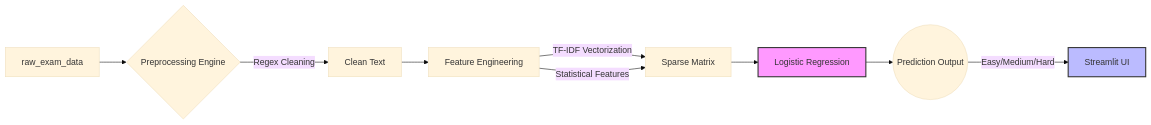
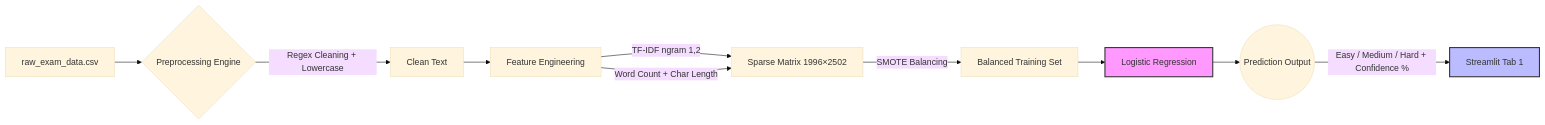
One commit to IAmNishantSingh/Intelligent-Exam-Question-Level-Analysis changed the first of 2 diagrams in README.md. Above: the diagram before and after it, drawn with Mermaid (base theme). The commit also changed other lines of this file, not shown here.

````diff
--- a/README.md
+++ b/README.md
@@ -14,13 +87,14 @@
 ```mermaid
 graph LR
-    A[raw_exam_data] --> B{Preprocessing Engine}
-    B -->|Regex Cleaning| C[Clean Text]
+    A[raw_exam_data.csv] --> B{Preprocessing Engine}
+    B -->|Regex Cleaning + Lowercase| C[Clean Text]
     C --> D[Feature Engineering]
-    D -->|TF-IDF Vectorization| E[Sparse Matrix]
-    D -->|Statistical Features| E
-    E --> F[Logistic Regression]
-    F --> G((Prediction Output))
-    G -->|Easy/Medium/Hard| H[Streamlit UI]
-    style F fill:#f9f,stroke:#333,stroke-width:2px
-    style H fill:#bbf,stroke:#333,stroke-width:2px
+    D -->|TF-IDF ngram 1,2| E[Sparse Matrix 1996×2502]
+    D -->|Word Count + Char Length| E
+    E -->|SMOTE Balancing| F[Balanced Training Set]
+    F --> G[Logistic Regression]
+    G --> H((Prediction Output))
+    H -->|Easy / Medium / Hard + Confidence %| I[Streamlit Tab 1]
+    style G fill:#f9f,stroke:#333,stroke-width:2px
+    style I fill:#bbf,stroke:#333,stroke-width:2px
 ```
````
